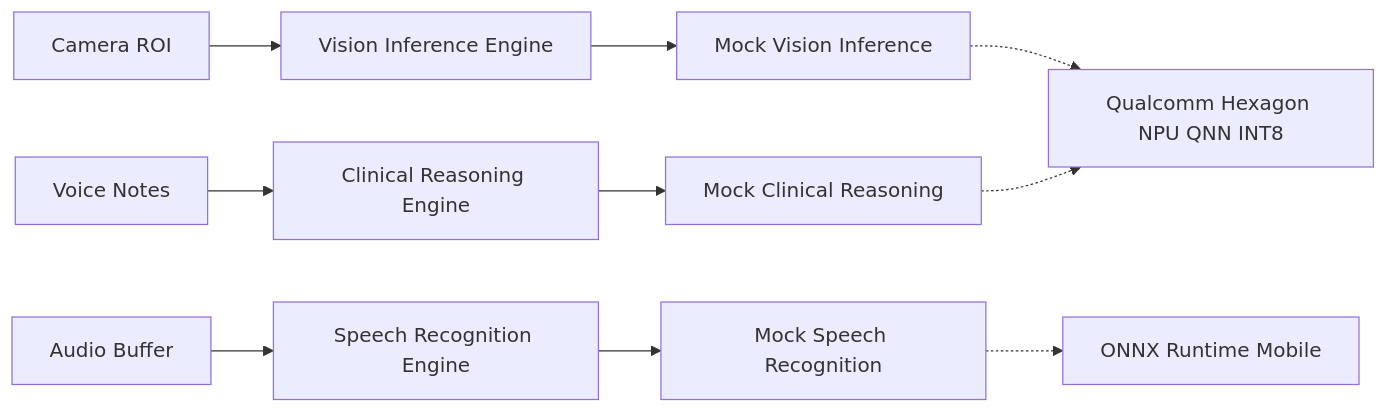
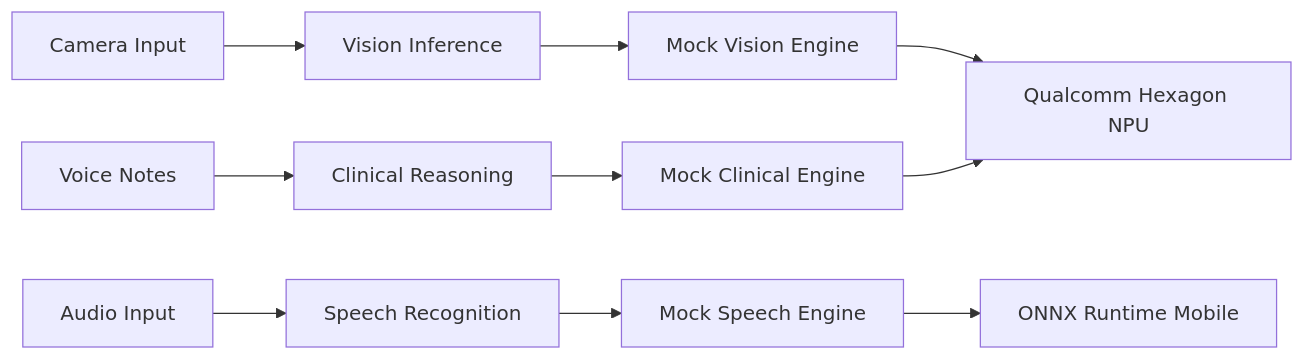
The third of 4 diagrams in README.md (SarthakNC/Nidan-AI---IQOO-INDIA-HACKATHON-IDEA-SUBMISSION), drawn with Mermaid before and after one commit. The commit also changed other lines of this file, not shown here.

````diff
--- a/README.md
+++ b/README.md
@@ -200,30 +245,29 @@
 ```mermaid
-flowchart LR
-
-    CAM["Camera ROI"]
-    MIC["Audio Buffer"]
+graph LR
+    CAM["Camera Input"]
+    MIC["Audio Input"]
     TEXT["Voice Notes"]
 
-    VIE["Vision Inference Engine"]
-    SRE["Speech Recognition Engine"]
-    CRE["Clinical Reasoning Engine"]
+    VIE["Vision Inference"]
+    SRE["Speech Recognition"]
+    CRE["Clinical Reasoning"]
 
-    MVIE["Mock Vision Inference"]
-    MSRE["Mock Speech Recognition"]
-    MCRE["Mock Clinical Reasoning"]
+    MVIE["Mock Vision Engine"]
+    MSRE["Mock Speech Engine"]
+    MCRE["Mock Clinical Engine"]
 
-    QNN["Qualcomm Hexagon NPU QNN INT8"]
+    QNN["Qualcomm Hexagon NPU"]
     ONNX["ONNX Runtime Mobile"]
 
     CAM --> VIE
     MIC --> SRE
     TEXT --> CRE
 
     VIE --> MVIE
     SRE --> MSRE
     CRE --> MCRE
 
-    MVIE -.-> QNN
-    MSRE -.-> ONNX
-    MCRE -.-> QNN
+    MVIE --> QNN
+    MSRE --> ONNX
+    MCRE --> QNN
 ```
````
